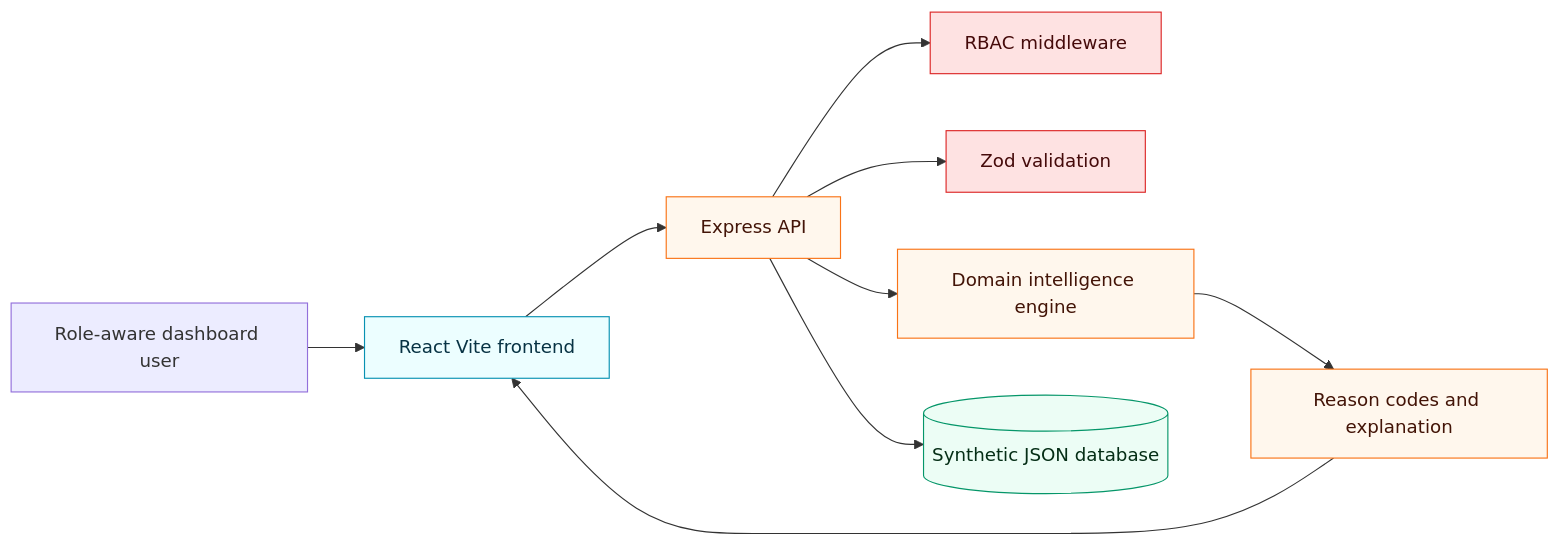
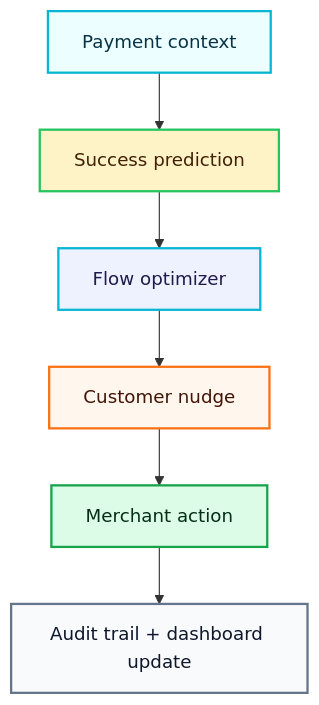
The first of 4 diagrams in docs/DIAGRAMS.md (jprbom/upi-flowpilot), drawn with Mermaid before and after one commit. The commit also changed other lines of this file and 6 other files, not shown here.

```diff
--- a/docs/DIAGRAMS.md
+++ b/docs/DIAGRAMS.md
@@ -5,19 +13,15 @@
 ~~~mermaid
-flowchart LR
-  User["Role-aware dashboard user"] --> UI["React Vite frontend"]
-  UI --> API["Express API"]
-  API --> RBAC["RBAC middleware"]
-  API --> VALID["Zod validation"]
-  API --> ENGINE["Domain intelligence engine"]
-  API --> DB[("Synthetic JSON database")]
-  ENGINE --> EXPLAIN["Reason codes and explanation"]
-  EXPLAIN --> UI
-  classDef ui fill:#ecfeff,stroke:#0891b2,color:#083344
-  classDef api fill:#fff7ed,stroke:#f97316,color:#431407
-  classDef sec fill:#fee2e2,stroke:#dc2626,color:#450a0a
-  classDef data fill:#ecfdf5,stroke:#059669,color:#052e16
-  class UI ui
-  class API,ENGINE,EXPLAIN api
-  class RBAC,VALID sec
-  class DB data
+flowchart TD
+  A["Payment context"]:::start --> B["Success prediction"]:::signal
+  B --> C["Flow optimizer"]:::model
+  C --> D["Customer nudge"]:::decision
+  D --> E["Merchant action"]:::output
+  E --> F["Audit trail + dashboard update"]:::audit
+
+  classDef start fill:#ecfeff,stroke:#06b6d4,stroke-width:2px,color:#083344
+  classDef signal fill:#fef3c7,stroke:#22c55e,stroke-width:2px,color:#422006
+  classDef model fill:#eef2ff,stroke:#06b6d4,stroke-width:2px,color:#1e1b4b
+  classDef decision fill:#fff7ed,stroke:#f97316,stroke-width:2px,color:#431407
+  classDef output fill:#dcfce7,stroke:#16a34a,stroke-width:2px,color:#052e16
+  classDef audit fill:#f8fafc,stroke:#64748b,stroke-width:2px,color:#0f172a
 ~~~
```
